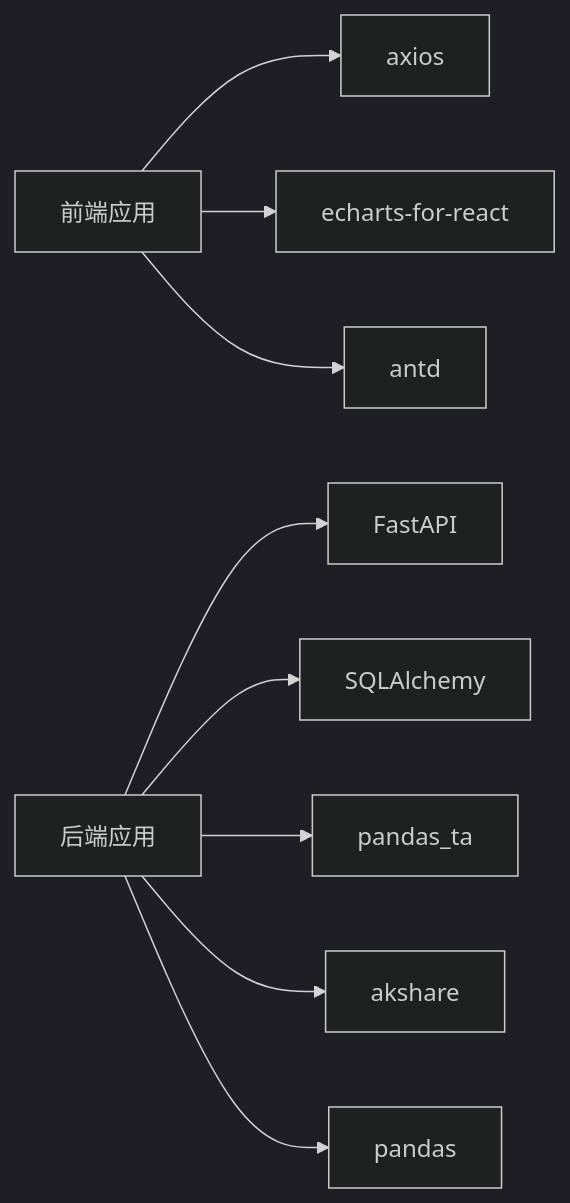
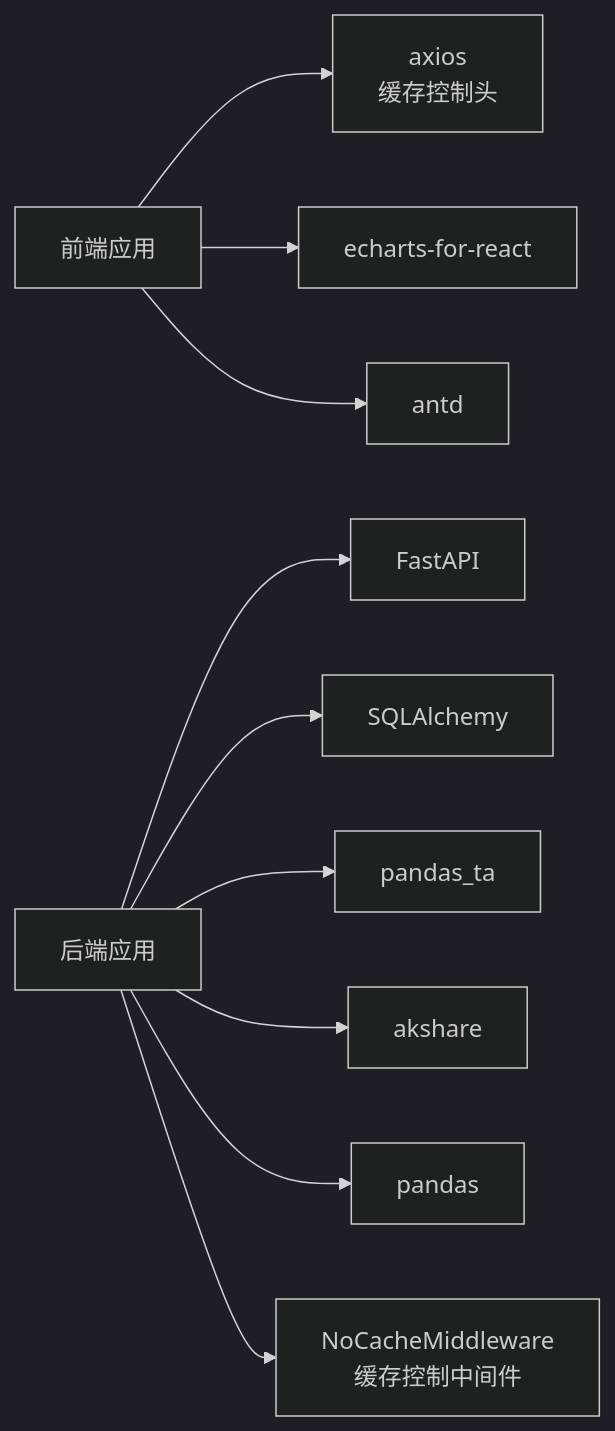
One commit to Moruime/stock_foker changed the seventh of 7 diagrams in .qoder/repowiki/zh/content/核心功能/技术面分析系统/图表展示集成.md. Above: the diagram before and after it, drawn with Mermaid (dark theme). The commit also changed other lines of this file and 15 other files, not shown here.

````diff
--- a/.qoder/repowiki/zh/content/核心功能/技术面分析系统/图表展示集成.md
+++ b/.qoder/repowiki/zh/content/核心功能/技术面分析系统/图表展示集成.md
@@ -258,11 +298,12 @@
 ```mermaid
 graph LR
-FE["前端应用"] --> AX["axios"]
+FE["前端应用"] --> AX["axios<br/>缓存控制头"]
 FE --> EC["echarts-for-react"]
 FE --> AD["antd"]
 BE["后端应用"] --> FA["FastAPI"]
 BE --> SA["SQLAlchemy"]
 BE --> PT["pandas_ta"]
 BE --> AK["akshare"]
 BE --> PD["pandas"]
+BE --> NC["NoCacheMiddleware<br/>缓存控制中间件"]
 ```
````
